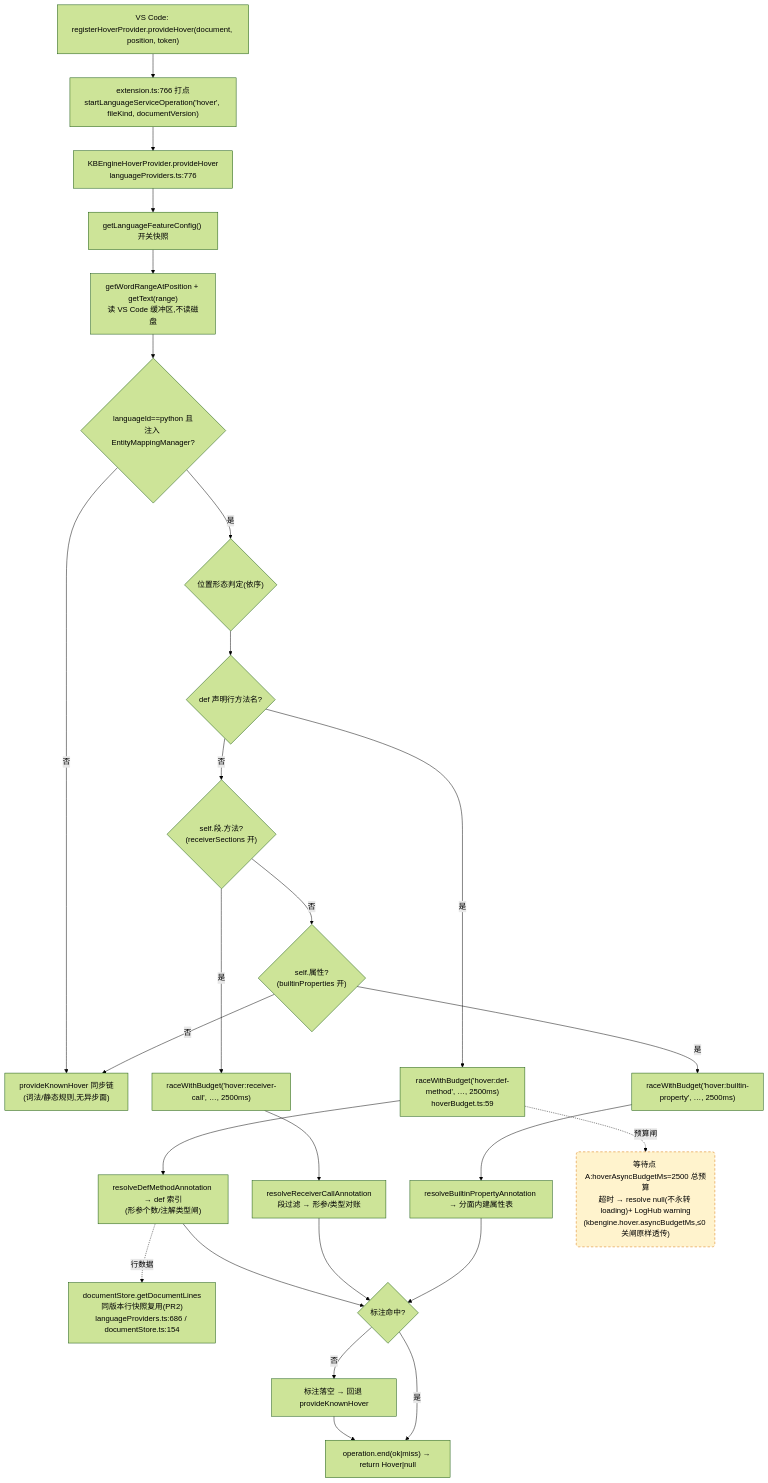
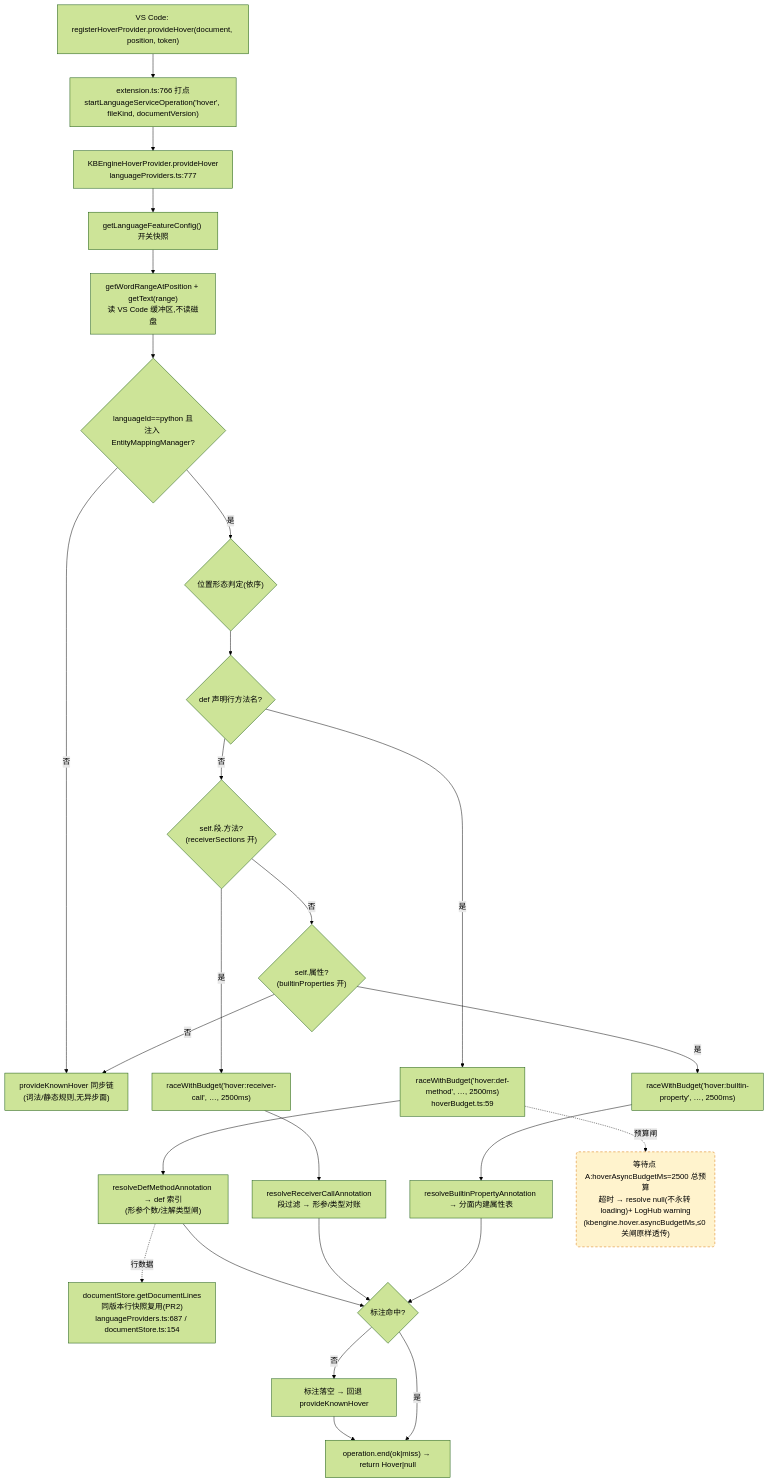
One commit to cuihairu/kode changed the first of 4 diagrams in docs/perf/2026-baseline.md. Above: the diagram before and after it, drawn with Mermaid (forest theme). The commit also changed other lines of this file and 4 other files, not shown here.

````diff
--- a/docs/perf/2026-baseline.md
+++ b/docs/perf/2026-baseline.md
@@ -82,45 +82,45 @@
 ```mermaid
 flowchart TD
   VC1["VS Code: registerHoverProvider.provideHover(document, position, token)"]
   M1["extension.ts:766 打点<br/>startLanguageServiceOperation('hover', fileKind, documentVersion)"]
-  HP["KBEngineHoverProvider.provideHover<br/>languageProviders.ts:776"]
+  HP["KBEngineHoverProvider.provideHover<br/>languageProviders.ts:777"]
   CFG["getLanguageFeatureConfig() 开关快照"]
   WORD["getWordRangeAtPosition + getText(range)<br/>读 VS Code 缓冲区,不读磁盘"]
   BR{"languageId==python 且<br/>注入 EntityMappingManager?"}
   KN["provideKnownHover 同步链<br/>(词法/静态规则,无异步面)"]
   POS{"位置形态判定(依序)"}
   D1{"def 声明行方法名?"}
   D2{"self.段.方法?<br/>(receiverSections 开)"}
   D3{"self.属性?<br/>(builtinProperties 开)"}
   RA1["raceWithBudget('hover:def-method', …, 2500ms)<br/>hoverBudget.ts:59"]
   RA2["raceWithBudget('hover:receiver-call', …, 2500ms)"]
   RA3["raceWithBudget('hover:builtin-property', …, 2500ms)"]
   RS1["resolveDefMethodAnnotation → def 索引<br/>(形参个数/注解类型闸)"]
   RS2["resolveReceiverCallAnnotation<br/>段过滤 → 形参/类型对账"]
   RS3["resolveBuiltinPropertyAnnotation → 分面内建属性表"]
-  LINES["documentStore.getDocumentLines<br/>同版本行快照复用(PR2)<br/>languageProviders.ts:686 / documentStore.ts:154"]
+  LINES["documentStore.getDocumentLines<br/>同版本行快照复用(PR2)<br/>languageProviders.ts:687 / documentStore.ts:154"]
   MISS["标注落空 → 回退 provideKnownHover"]
   END1["operation.end(ok|miss) → return Hover|null"]
 
   VC1 --> M1 --> HP --> CFG --> WORD --> BR
   BR -- "否" --> KN
   BR -- "是" --> POS --> D1
   D1 -- "是" --> RA1 --> RS1
   D1 -- "否" --> D2
   D2 -- "是" --> RA2 --> RS2
   D2 -- "否" --> D3
   D3 -- "是" --> RA3 --> RS3
   D3 -- "否" --> KN
   RS1 --> HIT{"标注命中?"}
   RS2 --> HIT
   RS3 --> HIT
   RS1 -.->|行数据| LINES
   HIT -- "否" --> MISS --> END1
   HIT -- "是" --> END1
 
   WAITA("等待点 A:hoverAsyncBudgetMs=2500 总预算<br/>超时 → resolve null(不永转 loading)+ LogHub warning<br/>(kbengine.hover.asyncBudgetMs,≤0 关闸原样透传)")
   RA1 -.->|预算闸| WAITA
 
   classDef waitPoint fill:#fff3cd,stroke:#d97706,stroke-dasharray:5 4;
   class WAITA waitPoint;
 ```
````
